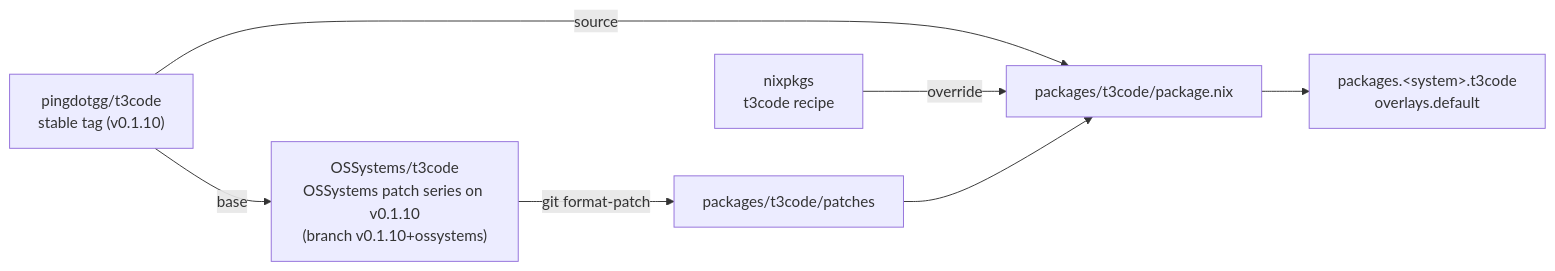
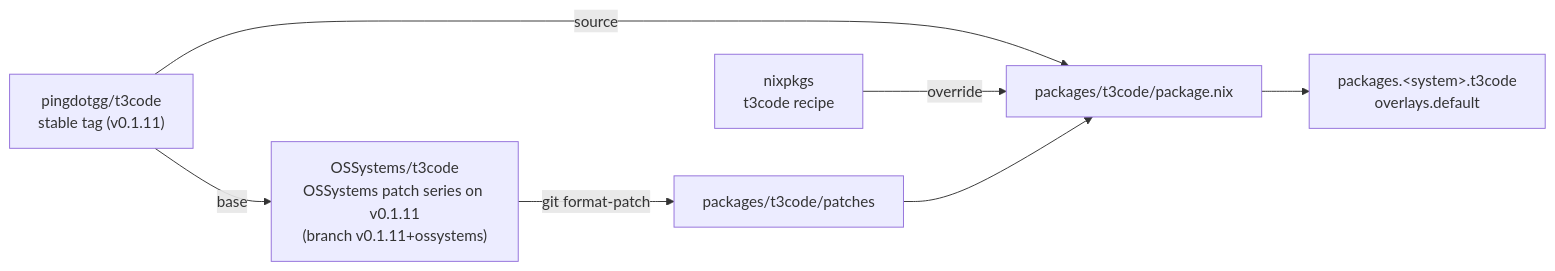
Before and after one commit to OSSystems/t3code-nix: the first of 2 diagrams in README.md, drawn with Mermaid. The commit also changed 14 other files, not shown here.

````diff
--- a/README.md
+++ b/README.md
@@ -15,16 +15,16 @@
 ```mermaid
 flowchart LR
-  upstream["pingdotgg/t3code<br/>stable tag (v0.1.10)"]
-  fork["OSSystems/t3code<br/>OSSystems patch series on v0.1.10<br/>(branch v0.1.10+ossystems)"]
+  upstream["pingdotgg/t3code<br/>stable tag (v0.1.11)"]
+  fork["OSSystems/t3code<br/>OSSystems patch series on v0.1.11<br/>(branch v0.1.11+ossystems)"]
   recipe["nixpkgs<br/>t3code recipe"]
   patches["packages/t3code/patches"]
   pkg["packages/t3code/package.nix"]
   out["packages.&lt;system&gt;.t3code<br/>overlays.default"]
 
   upstream -- "base" --> fork
   fork -- "git format-patch" --> patches
   upstream -- "source" --> pkg
   recipe -- "override" --> pkg
   patches --> pkg
   pkg --> out
 ```
````
